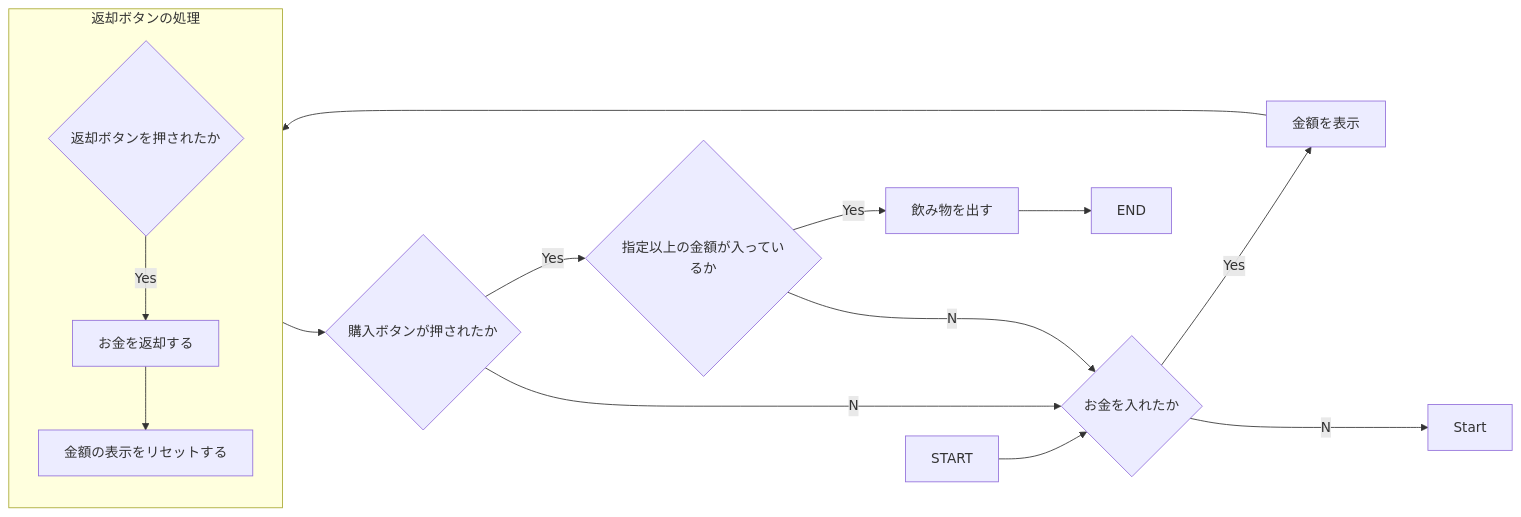
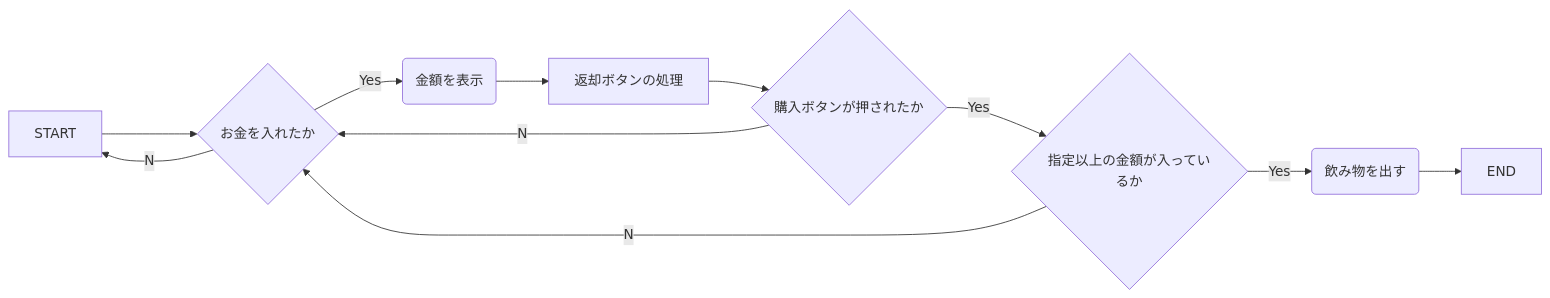
One commit to tpu-game-2022/mermaid_test changed the diagram in README.md. Above: the diagram before and after it, drawn with Mermaid.

Commit message:
フローチャートを変更した

````diff
--- a/README.md
+++ b/README.md
@@ -20,19 +20,13 @@
 ```mermaid
 flowchart LR
   START-->B{お金を入れたか}
-  B--Yes-->C[金額を表示]
-  B--No-->Start
+  B--Yes-->C(金額を表示)
+  B--No-->START
   C-->返却ボタンの処理-->E{購入ボタンが押されたか}
   E{購入ボタンが押されたか}--Yes-->F{指定以上の金額が入っているか}
   E--No-->B
-  F--Yes-->G[飲み物を出す]
+  F--Yes-->G(飲み物を出す)
   F--No-->B
   G-->END
 
-  subgraph 返却ボタンの処理
-  direction TB
-  D1{返却ボタンを押されたか}--Yes-->D2[お金を返却する]
-  D2-->D3[金額の表示をリセットする]
-  end
-  
 ```
````
